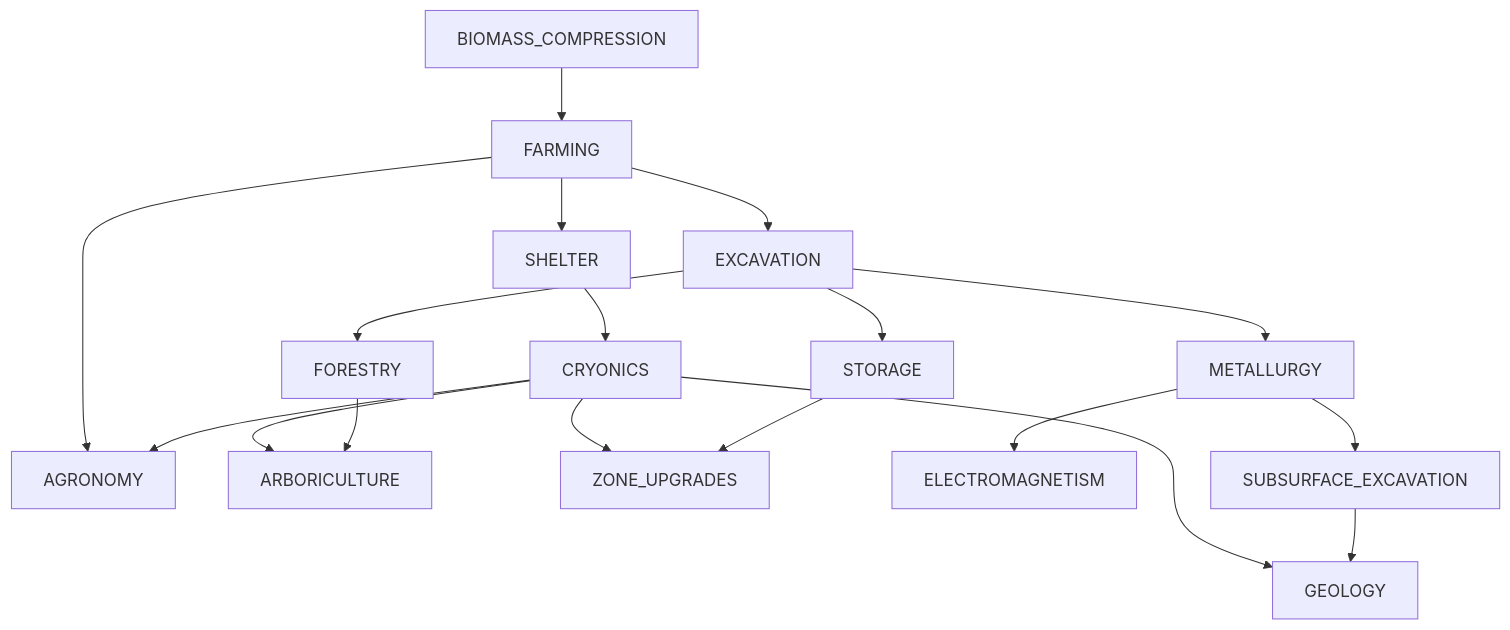
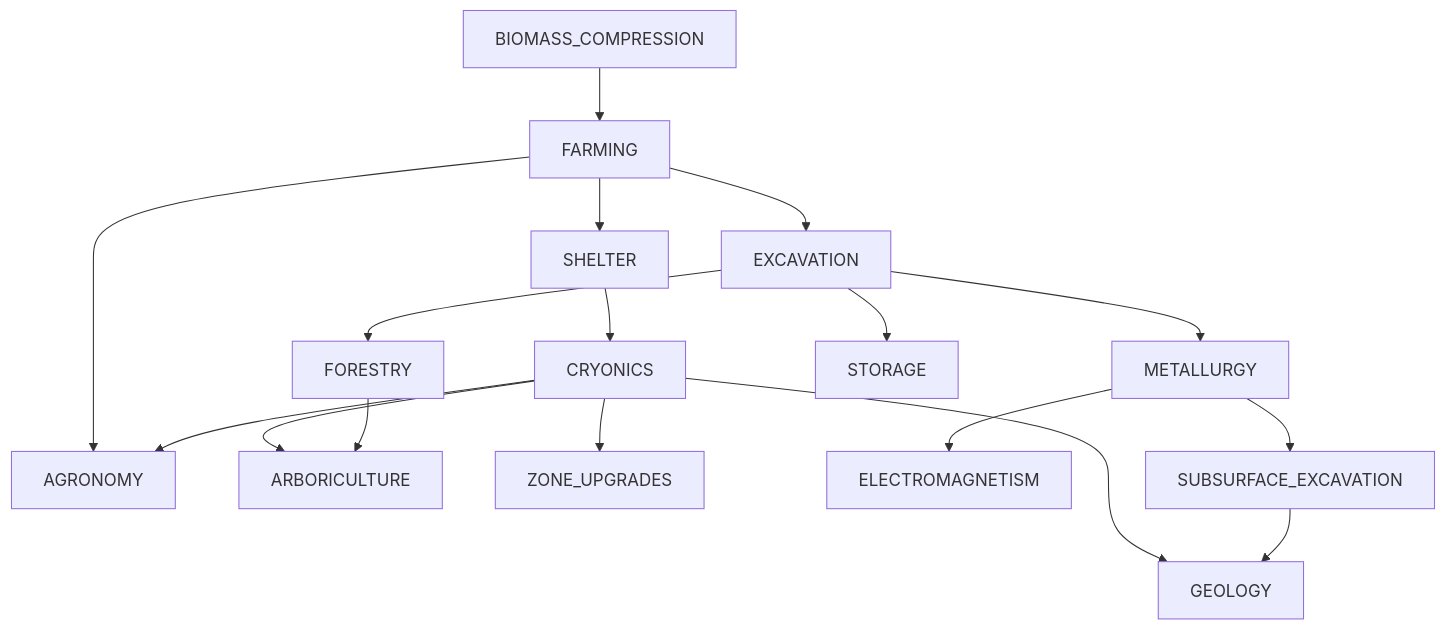
Before and after one commit to krnsk0/idler: the diagram in docs/TECH_TREE.md, drawn with Mermaid. The commit also changed 5 other files, not shown here.

````diff
--- a/docs/TECH_TREE.md
+++ b/docs/TECH_TREE.md
@@ -6,21 +6,20 @@
 ```mermaid
 flowchart TD;
   BIOMASS_COMPRESSION --> FARMING
   FARMING --> SHELTER
   FARMING --> EXCAVATION
   FARMING --> AGRONOMY
   SHELTER --> CRYONICS
   CRYONICS --> AGRONOMY
   CRYONICS --> ARBORICULTURE
   CRYONICS --> GEOLOGY
   CRYONICS --> ZONE_UPGRADES
   FORESTRY --> ARBORICULTURE
-  STORAGE --> ZONE_UPGRADES
   EXCAVATION --> METALLURGY
   EXCAVATION --> STORAGE
   EXCAVATION --> FORESTRY
   METALLURGY --> ELECTROMAGNETISM
   METALLURGY --> SUBSURFACE_EXCAVATION
   SUBSURFACE_EXCAVATION --> GEOLOGY
 
 ```
````
